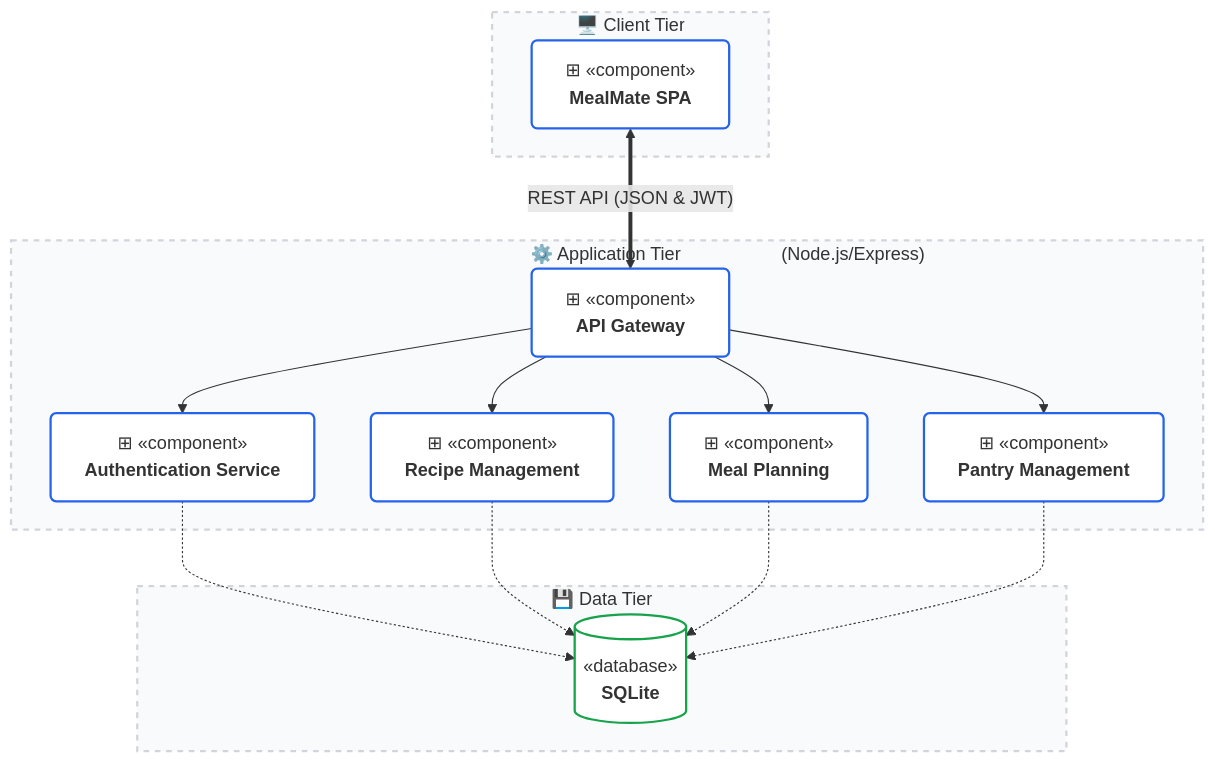
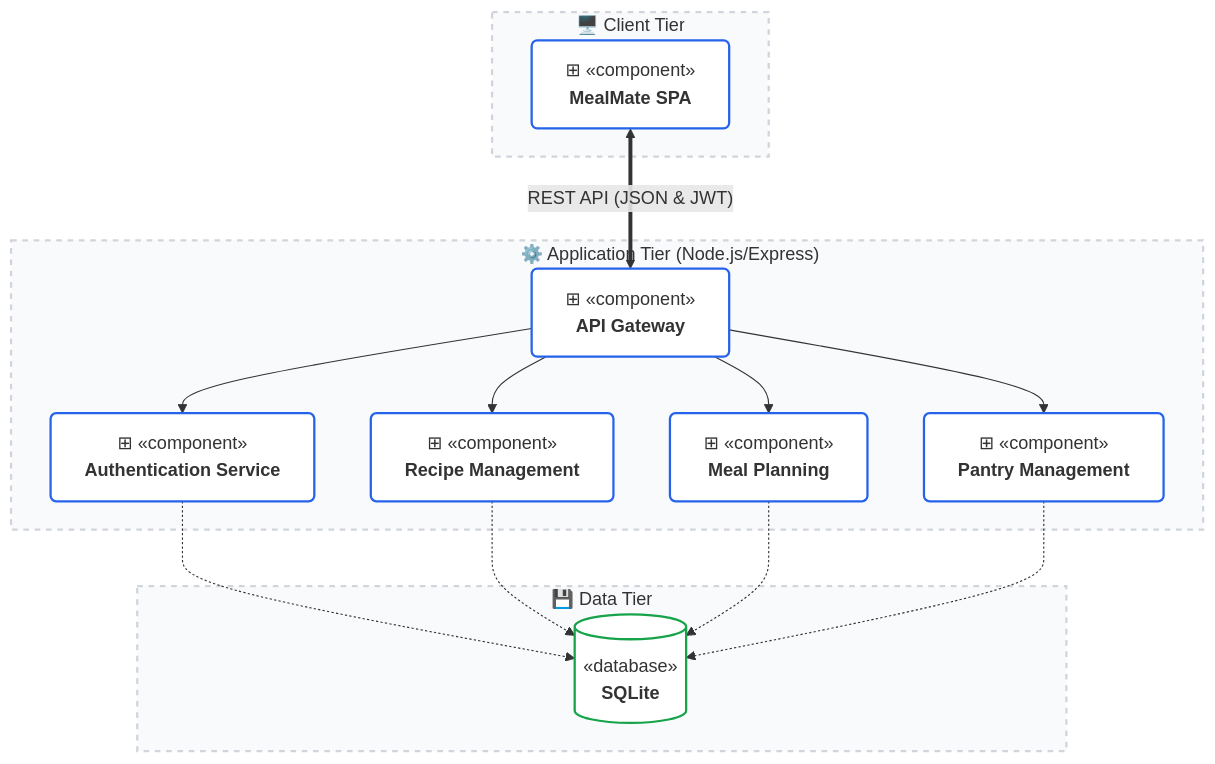
The second of 4 diagrams in docs/UML_DIAGRAMS.md (Amourous/MealMate), drawn with Mermaid before and after one commit.

Commit message:
Group Application Tier title text on the left of the arrow

````diff
--- a/docs/UML_DIAGRAMS.md
+++ b/docs/UML_DIAGRAMS.md
@@ -95,49 +95,49 @@
 ```mermaid
 flowchart TD
     %% Custom Styling for Component Diagram
     classDef layerBox fill:#f9fafb,stroke:#d1d5db,stroke-width:2px,stroke-dasharray: 5 5;
     classDef compNode fill:#ffffff,stroke:#2563eb,stroke-width:2px;
     classDef dbNode fill:#ffffff,stroke:#16a34a,stroke-width:2px;
 
     subgraph ClientLayer ["🖥️ Client Tier"]
         SPA["⊞ «component»<br/><b>MealMate SPA</b>"]:::compNode
     end
 
-    subgraph ServerLayer ["&nbsp;&nbsp;&nbsp;&nbsp;&nbsp;&nbsp;&nbsp;&nbsp;&nbsp;&nbsp;&nbsp;&nbsp;&nbsp;&nbsp;&nbsp;&nbsp;&nbsp;&nbsp;&nbsp;&nbsp;&nbsp;&nbsp;&nbsp;&nbsp;&nbsp;&nbsp;&nbsp;&nbsp;&nbsp;&nbsp;&nbsp;&nbsp;&nbsp;&nbsp;&nbsp;&nbsp;&nbsp;&nbsp;&nbsp;&nbsp;&nbsp;&nbsp;&nbsp;&nbsp;&nbsp;&nbsp;&nbsp;&nbsp;⚙️ Application Tier&nbsp;&nbsp;&nbsp;&nbsp;&nbsp;&nbsp;&nbsp;&nbsp;&nbsp;&nbsp;&nbsp;&nbsp;&nbsp;&nbsp;&nbsp;&nbsp;&nbsp;&nbsp;&nbsp;&nbsp;(Node.js/Express)"]
+    subgraph ServerLayer ["&nbsp;&nbsp;&nbsp;&nbsp;&nbsp;&nbsp;&nbsp;&nbsp;&nbsp;&nbsp;&nbsp;&nbsp;&nbsp;&nbsp;&nbsp;&nbsp;&nbsp;&nbsp;&nbsp;&nbsp;&nbsp;&nbsp;&nbsp;&nbsp;&nbsp;⚙️ Application Tier (Node.js/Express)"]
         Gateway["⊞ «component»<br/><b>API Gateway</b>"]:::compNode
         
         AuthService["⊞ «component»<br/><b>Authentication Service</b>"]:::compNode
         RecipeService["⊞ «component»<br/><b>Recipe Management</b>"]:::compNode
         MealPlanService["⊞ «component»<br/><b>Meal Planning</b>"]:::compNode
         PantryService["⊞ «component»<br/><b>Pantry Management</b>"]:::compNode
 
         Gateway --> AuthService
         Gateway --> RecipeService
         Gateway --> MealPlanService
         Gateway --> PantryService
     end
 
     subgraph DataLayer ["💾 Data Tier"]
         DB[("«database»<br/><b>SQLite</b>")]:::dbNode
     end
 
     %% Interactions
     SPA <==>|"REST API (JSON & JWT)"| Gateway
     
     %% Data Operations
     AuthService -.-> DB
     RecipeService -.-> DB
     MealPlanService -.-> DB
     PantryService -.-> DB
 
     %% Apply structural styling
     class ClientLayer,ServerLayer,DataLayer layerBox
 
     %% Global Component Overrides (Slight rounding for standard look)
     style SPA rx:5,ry:5
     style Gateway rx:5,ry:5
     style AuthService rx:5,ry:5
     style RecipeService rx:5,ry:5
     style MealPlanService rx:5,ry:5
     style PantryService rx:5,ry:5
 ```
````
